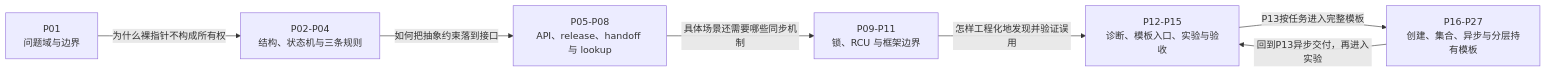
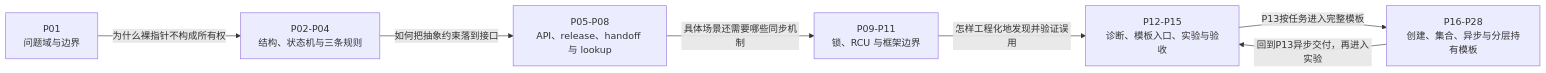
Before and after one commit to FormingSystem/linux_note: the diagram in knowledge/linux/object_lifetime/kref/大纲.md, drawn with Mermaid. The commit also changed other lines of this file and 24 other files, not shown here.

````diff
--- a/knowledge/linux/object_lifetime/kref/大纲.md
+++ b/knowledge/linux/object_lifetime/kref/大纲.md
@@ -21,16 +21,16 @@
 ```mermaid
 flowchart LR
     A["P01<br/>问题域与边界"]
     B["P02-P04<br/>结构、状态机与三条规则"]
     C["P05-P08<br/>API、release、handoff 与 lookup"]
     D["P09-P11<br/>锁、RCU 与框架边界"]
     E["P12-P15<br/>诊断、模板入口、实验与验收"]
-    T["P16-P27<br/>创建、集合、异步与分层持有模板"]
+    T["P16-P28<br/>创建、集合、异步与分层持有模板"]
 
     A -->|"为什么裸指针不构成所有权"| B
     B -->|"如何把抽象约束落到接口"| C
     C -->|"具体场景还需要哪些同步机制"| D
     D -->|"怎样工程化地发现并验证误用"| E
     E -->|"P13按任务进入完整模板"| T
     T -->|"回到P13异步交付，再进入实验"| E
 ```
````
